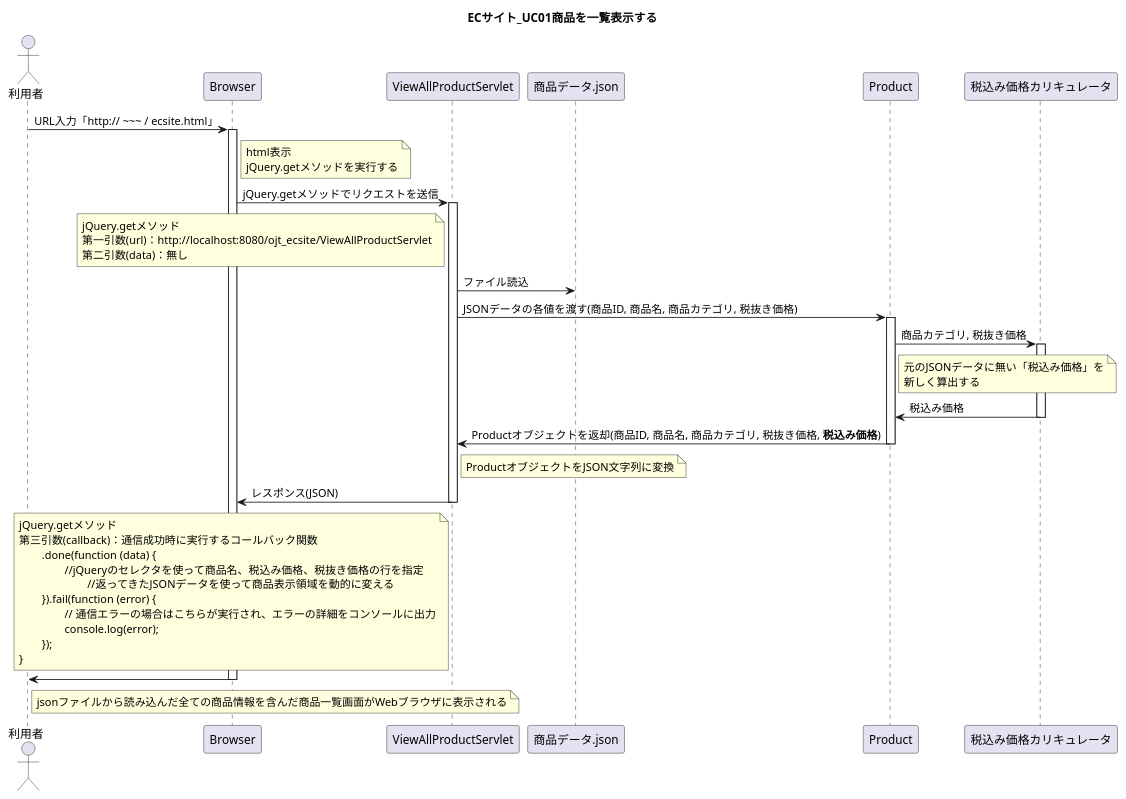
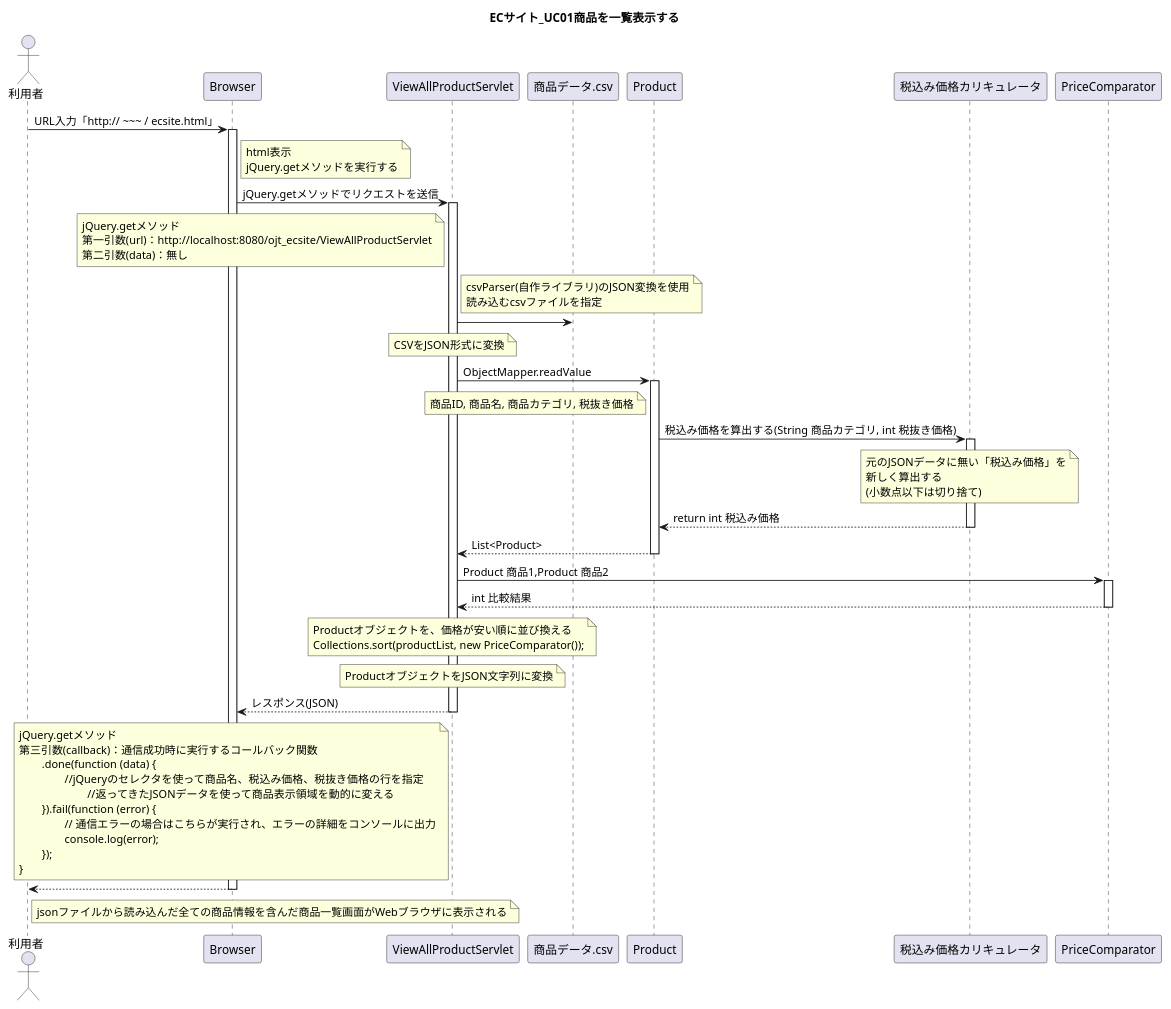
Before and after one commit to wnakayama/ojt_ecsite: the diagram in UML/Sequence01.puml, drawn with PlantUML. The commit also changed 3 other files, not shown here.

```diff
--- a/UML/Sequence01.puml
+++ b/UML/Sequence01.puml
@@ -1,66 +1,91 @@
 @startuml
 title ECサイト_UC01商品を一覧表示する
 
 actor 利用者
 
 利用者 -> Browser : URL入力「http:// ~~~ / ecsite.html」
 activate Browser
 	note right of Browser
 	html表示
 	jQuery.getメソッドを実行する
 	end note
 
 Browser -> ViewAllProductServlet : jQuery.getメソッドでリクエストを送信
 activate ViewAllProductServlet
 
 	note left of ViewAllProductServlet
 	jQuery.getメソッド
 	第一引数(url)：http://localhost:8080/ojt_ecsite/ViewAllProductServlet
 	第二引数(data)：無し
 	end note
 
 
-ViewAllProductServlet -> 商品データ.json : ファイル読込
-ViewAllProductServlet -> Product : JSONデータの各値を渡す(商品ID, 商品名, 商品カテゴリ, 税抜き価格)
+	note right of ViewAllProductServlet
+	csvParser(自作ライブラリ)のJSON変換を使用
+	読み込むcsvファイルを指定 
+	end note
+
+ViewAllProductServlet -> 商品データ.csv
+
+	note over ViewAllProductServlet
+	CSVをJSON形式に変換
+	end note
+
+ViewAllProductServlet -> Product : ObjectMapper.readValue
 activate Product
-Product -> 税込み価格カリキュレータ : 商品カテゴリ, 税抜き価格
+
+	note left of Product
+	商品ID, 商品名, 商品カテゴリ, 税抜き価格
+	end note
+
+Product -> 税込み価格カリキュレータ : 税込み価格を算出する(String 商品カテゴリ, int 税抜き価格)
 activate 税込み価格カリキュレータ
 
-	note right of Product
+	note over of 税込み価格カリキュレータ
 	元のJSONデータに無い「税込み価格」を
 	新しく算出する
+	(小数点以下は切り捨て)
 	end note
 
-Product <- 税込み価格カリキュレータ : 税込み価格
+Product <-- 税込み価格カリキュレータ : return int 税込み価格
 deactivate 税込み価格カリキュレータ
-ViewAllProductServlet <- Product : Productオブジェクトを返却(商品ID, 商品名, 商品カテゴリ, 税抜き価格, **税込み価格**)
+ViewAllProductServlet <-- Product : List<Product>
 deactivate Product
+ViewAllProductServlet -> PriceComparator : Product 商品1,Product 商品2
+activate PriceComparator
+ViewAllProductServlet <-- PriceComparator : int 比較結果
+deactivate PriceComparator
 
-	note right of ViewAllProductServlet
+	note over ViewAllProductServlet
+	Productオブジェクトを、価格が安い順に並び換える
+	Collections.sort(productList, new PriceComparator());
+	end note
+
+	note over ViewAllProductServlet
 	ProductオブジェクトをJSON文字列に変換
 	end note
-	Browser <- ViewAllProductServlet : レスポンス(JSON)
+	Browser <-- ViewAllProductServlet : レスポンス(JSON)
 
 	note left of ViewAllProductServlet
 	jQuery.getメソッド
 	第三引数(callback)：通信成功時に実行するコールバック関数
 		.done(function (data) {
 			//jQueryのセレクタを使って商品名、税込み価格、税抜き価格の行を指定
 				//返ってきたJSONデータを使って商品表示領域を動的に変える
 		}).fail(function (error) {
 			// 通信エラーの場合はこちらが実行され、エラーの詳細をコンソールに出力
 			console.log(error);
 		});
 	}
 	end note
 
 deactivate ViewAllProductServlet
 
-利用者 <- Browser
+利用者 <-- Browser
 	note right of 利用者
 	jsonファイルから読み込んだ全ての商品情報を含んだ商品一覧画面がWebブラウザに表示される
 	end note
 
 deactivate Browser
 
 @enduml
```
